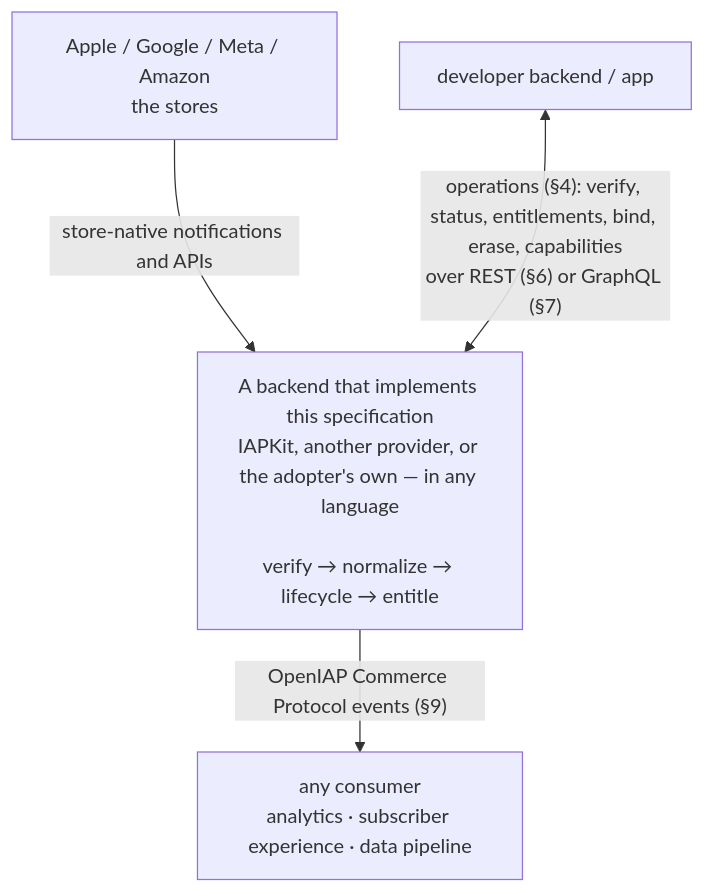
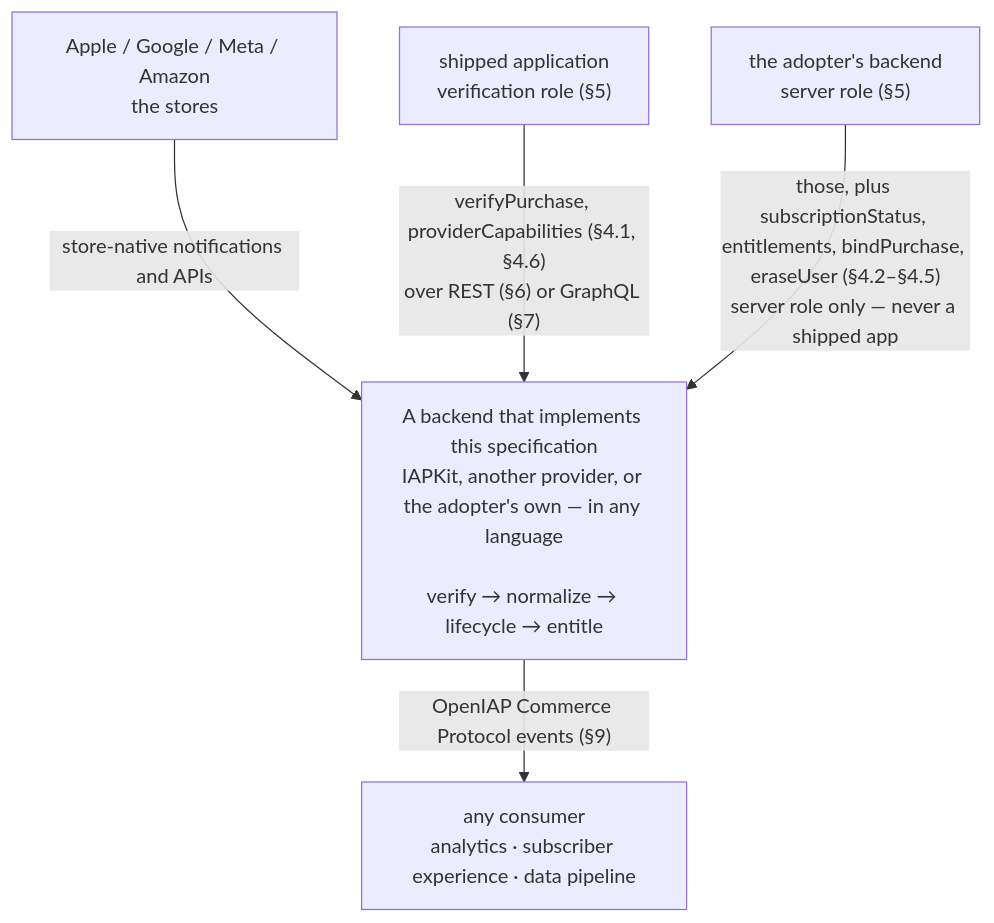
One commit to hyodotdev/openiap changed the diagram in specs/commerce-protocol/README.md. Above: the diagram before and after it, drawn with Mermaid.

Commit message:
docs(commerce-protocol): show the two roles the operations split into
The README diagram drew one arrow from "developer backend / app" carrying
every operation. §5 defines two roles, and §4.2–§4.5 say why they must not
be drawn as one: subscriptionStatus, entitlements, bindPurchase and eraseUser
are server role only, because with a verification credential "a shipped app
could walk arbitrary user identities". The generated HTTP binding records the
same split as `auth: server` versus `auth: verification`.

The diagram now has a shipped application calling verifyPurchase and
providerCapabilities, and the adopter's backend calling those plus the four
server-only operations, each labelled with its role.

````diff
--- a/specs/commerce-protocol/README.md
+++ b/specs/commerce-protocol/README.md
@@ -22,11 +22,13 @@
 ```mermaid
 flowchart TB
   stores["Apple / Google / Meta / Amazon<br/>the stores"]
   backend["A backend that implements this specification<br/>IAPKit, another provider, or the adopter's own — in any language<br/><br/>verify → normalize → lifecycle → entitle"]
-  app["developer backend / app"]
+  app["shipped application<br/>verification role (§5)"]
+  server["the adopter's backend<br/>server role (§5)"]
   consumers["any consumer<br/>analytics · subscriber experience · data pipeline"]
 
   stores -->|"store-native notifications and APIs"| backend
-  app <-->|"operations (§4): verify, status, entitlements, bind, erase, capabilities<br/>over REST (§6) or GraphQL (§7)"| backend
+  app -->|"verifyPurchase, providerCapabilities (§4.1, §4.6)<br/>over REST (§6) or GraphQL (§7)"| backend
+  server -->|"those, plus subscriptionStatus, entitlements, bindPurchase, eraseUser (§4.2–§4.5)<br/>server role only — never a shipped app"| backend
   backend -->|"OpenIAP Commerce Protocol events (§9)"| consumers
 ```
````
